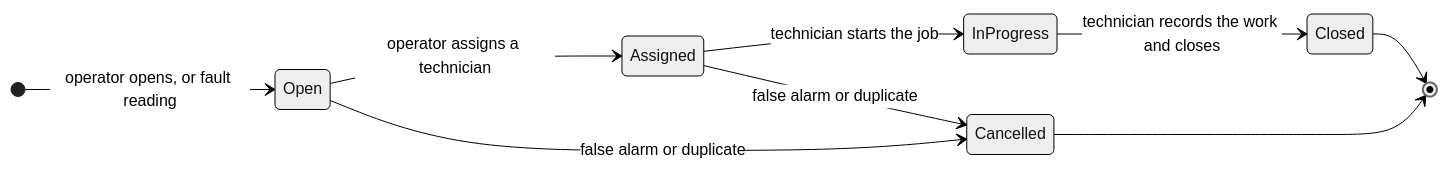
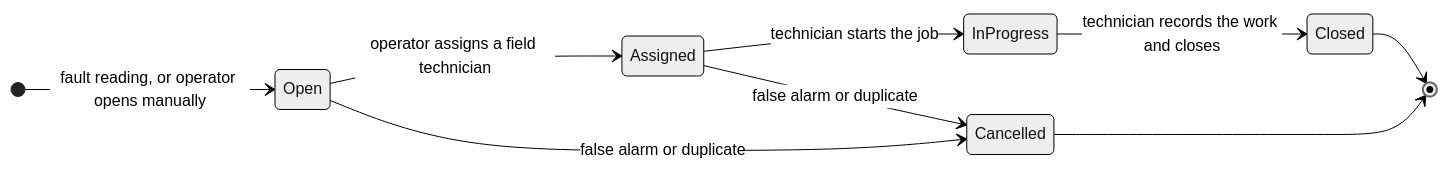
One commit to Ad-Qualquer-Coisa/TQS-Group-P11 changed the fifth of 6 diagrams in docs/domain-model.md. Above: the diagram before and after it, drawn with Mermaid (neutral theme). The commit also changed other lines of this file, not shown here.

````diff
--- a/docs/domain-model.md
+++ b/docs/domain-model.md
@@ -256,12 +305,12 @@
 ```mermaid
 stateDiagram-v2
   direction LR
-  [*] --> Open : operator opens, or fault reading
-  Open --> Assigned : operator assigns a technician
+  [*] --> Open : fault reading, or operator opens manually
+  Open --> Assigned : operator assigns a field technician
   Assigned --> InProgress : technician starts the job
   InProgress --> Closed : technician records the work and closes
   Open --> Cancelled : false alarm or duplicate
   Assigned --> Cancelled : false alarm or duplicate
   Closed --> [*]
   Cancelled --> [*]
 ```
````
